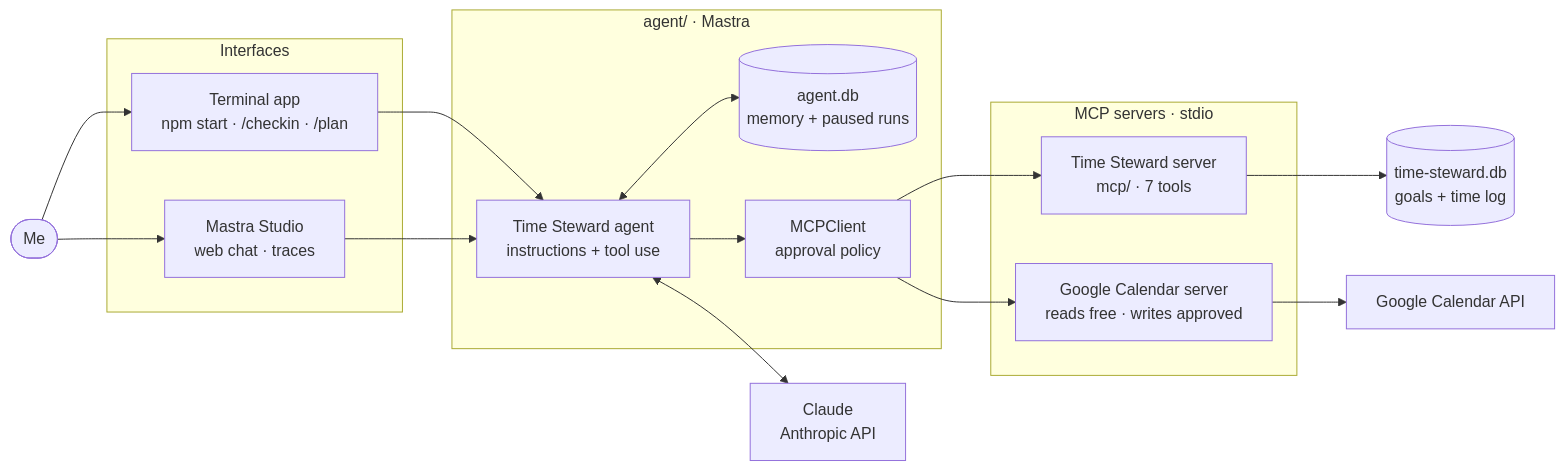
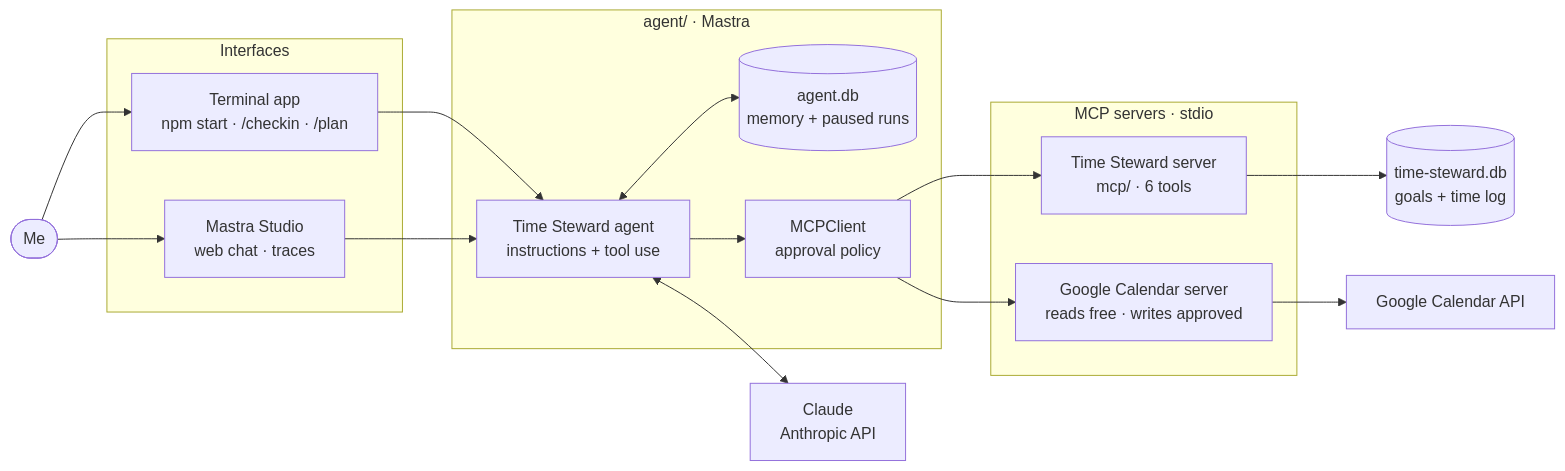
One commit to sunaynab/time-steward changed the first of 3 diagrams in README.md. Above: the diagram before and after it, drawn with Mermaid. The commit also changed other lines of this file and 15 other files, not shown here.

````diff
--- a/README.md
+++ b/README.md
@@ -20,37 +20,37 @@
 ```mermaid
 flowchart LR
     me(["Me"])
 
     subgraph ui["Interfaces"]
         cli["Terminal app<br/>npm start · /checkin · /plan"]
         studio["Mastra Studio<br/>web chat · traces"]
     end
 
     subgraph agentPkg["agent/ · Mastra"]
         agent["Time Steward agent<br/>instructions + tool use"]
         memory[("agent.db<br/>memory + paused runs")]
         client["MCPClient<br/>approval policy"]
     end
 
     llm["Claude<br/>Anthropic API"]
 
     subgraph servers["MCP servers · stdio"]
-        steward["Time Steward server<br/>mcp/ · 7 tools"]
+        steward["Time Steward server<br/>mcp/ · 6 tools"]
         calendar["Google Calendar server<br/>reads free · writes approved"]
     end
 
     timelog[("time-steward.db<br/>goals + time log")]
     gcal["Google Calendar API"]
 
     me --> cli
     me --> studio
     cli --> agent
     studio --> agent
     agent <--> llm
     agent <--> memory
     agent --> client
     client --> steward
     client --> calendar
     steward --> timelog
     calendar --> gcal
 ```
````
